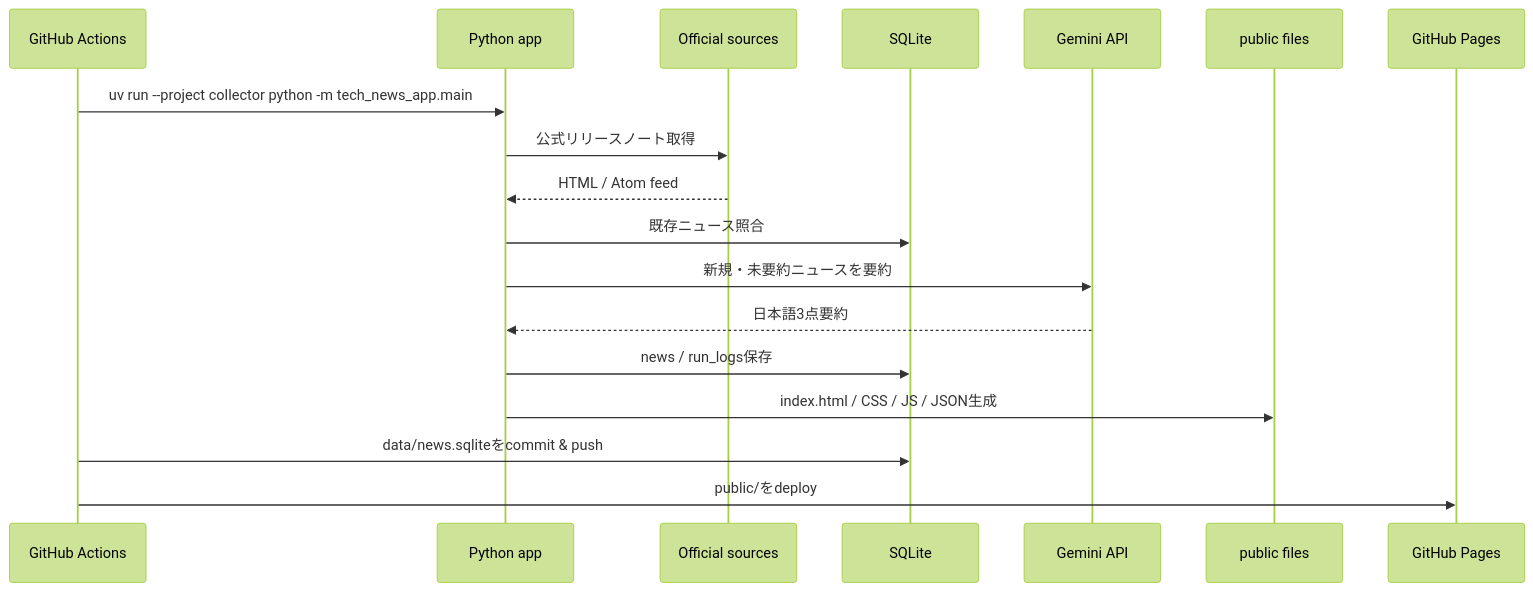
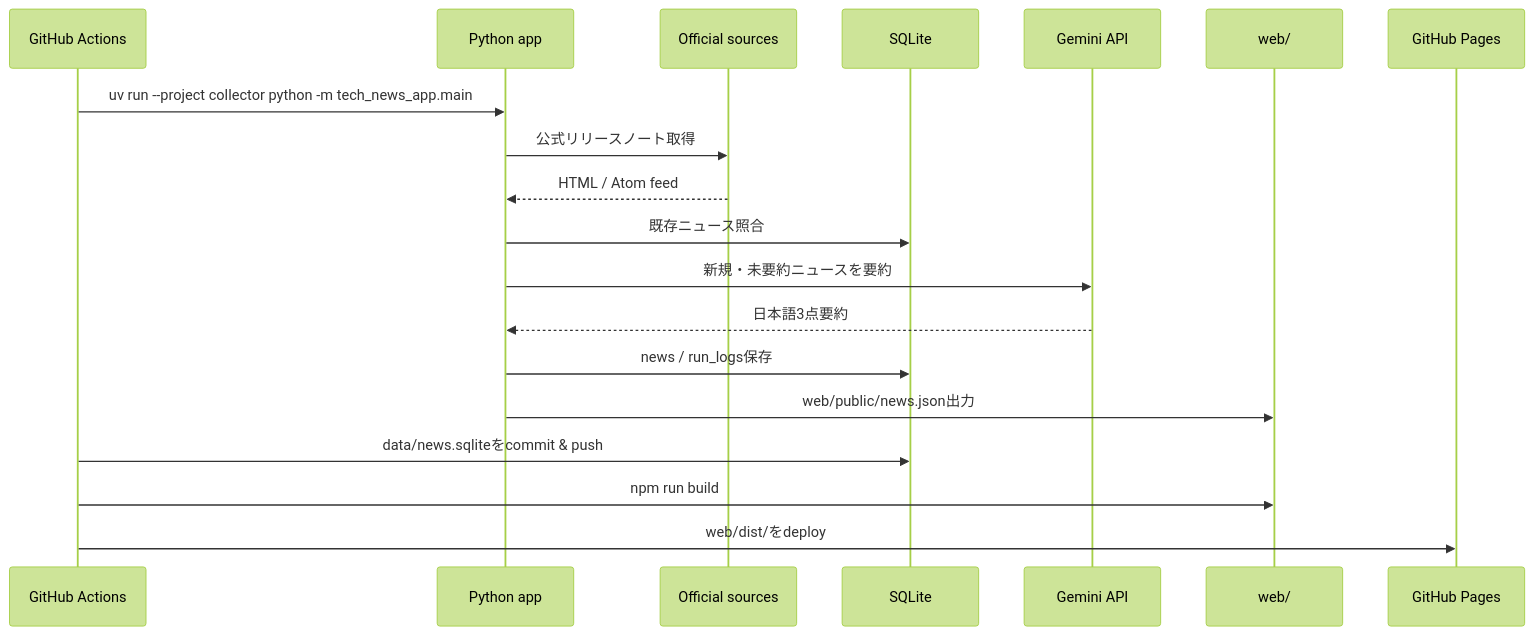
Before and after one commit to meak-c/tech_news_app-: the second of 2 diagrams in docs/architecture.md, drawn with Mermaid (forest theme). The commit also changed other lines of this file and 30 other files, not shown here.

````diff
--- a/docs/architecture.md
+++ b/docs/architecture.md
@@ -166,21 +156,22 @@
 ```mermaid
 sequenceDiagram
     participant GH as GitHub Actions
     participant App as Python app
     participant Src as Official sources
     participant DB as SQLite
     participant LLM as Gemini API
-    participant Pub as public files
+    participant Pub as web/
     participant Pages as GitHub Pages
 
     GH->>App: uv run --project collector python -m tech_news_app.main
     App->>Src: 公式リリースノート取得
     Src-->>App: HTML / Atom feed
     App->>DB: 既存ニュース照合
     App->>LLM: 新規・未要約ニュースを要約
     LLM-->>App: 日本語3点要約
     App->>DB: news / run_logs保存
-    App->>Pub: index.html / CSS / JS / JSON生成
+    App->>Pub: web/public/news.json出力
     GH->>DB: data/news.sqliteをcommit & push
-    GH->>Pages: public/をdeploy
+    GH->>Pub: npm run build
+    GH->>Pages: web/dist/をdeploy
 ```
````
